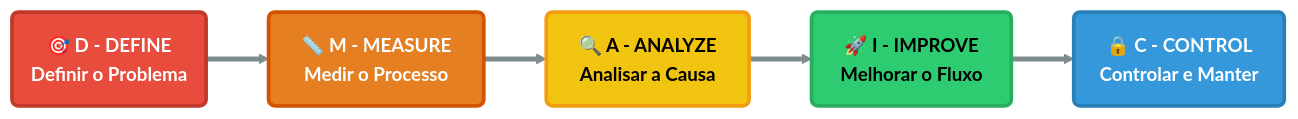
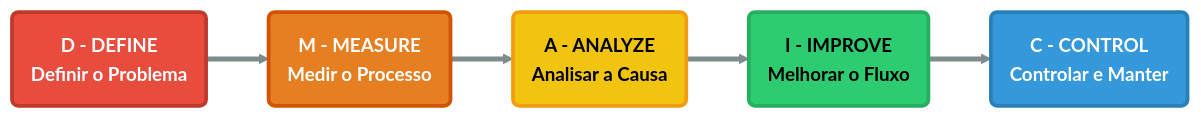
The fourth of 10 diagrams in chapters/cap2-modelos-gestao.qmd (rafasfer2/MiningAnalyticsBook), drawn with Mermaid (forest theme) before and after one commit. The commit also changed other lines of this file and 3 other files, not shown here.

Commit message:
Cap2: corrigir render dos diagramas Mermaid e atualizar output

````diff
--- a/chapters/cap2-modelos-gestao.qmd
+++ b/chapters/cap2-modelos-gestao.qmd
@@ -502,28 +522,28 @@
 ```{mermaid}
 %%| label: fig-ciclo-dmaic
 %%| fig-cap: "Ciclo DMAIC: Roteiro Estruturado de Melhoria Contínua"
 
 flowchart LR
     %% --- CONFIGURAÇÃO DE ESTILOS ---
     classDef defStyle fill:#e74c3c,stroke:#c0392b,stroke-width:3px,color:#ffffff,font-size:15px,font-weight:bold
     classDef meaStyle fill:#e67e22,stroke:#d35400,stroke-width:3px,color:#ffffff,font-size:15px,font-weight:bold
     classDef anaStyle fill:#f1c40f,stroke:#f39c12,stroke-width:3px,color:#000000,font-size:15px,font-weight:bold
     classDef impStyle fill:#2ecc71,stroke:#27ae60,stroke-width:3px,color:#000000,font-size:15px,font-weight:bold
     classDef ctrStyle fill:#3498db,stroke:#2980b9,stroke-width:3px,color:#ffffff,font-size:15px,font-weight:bold
 
-    D("&nbsp;&nbsp;&nbsp;🎯 D - DEFINE&nbsp;&nbsp;&nbsp;<br>Definir o Problema")
-    M("&nbsp;&nbsp;&nbsp;📏 M - MEASURE&nbsp;&nbsp;&nbsp;<br>Medir o Processo")
-    A("&nbsp;&nbsp;&nbsp;🔍 A - ANALYZE&nbsp;&nbsp;&nbsp;<br>Analisar a Causa")
-    I("&nbsp;&nbsp;&nbsp;🚀 I - IMPROVE&nbsp;&nbsp;&nbsp;<br>Melhorar o Fluxo")
-    C("&nbsp;&nbsp;&nbsp;🔒 C - CONTROL&nbsp;&nbsp;&nbsp;<br>Controlar e Manter")
+    D("D - DEFINE<br/>Definir o Problema")
+    M("M - MEASURE<br/>Medir o Processo")
+    A("A - ANALYZE<br/>Analisar a Causa")
+    I("I - IMPROVE<br/>Melhorar o Fluxo")
+    C("C - CONTROL<br/>Controlar e Manter")
 
     D ==> M ==> A ==> I ==> C
 
     linkStyle default stroke:#7f8c8d,stroke-width:4px
 
     class D defStyle;
     class M meaStyle;
     class A anaStyle;
     class I impStyle;
     class C ctrStyle;
 ```
````
